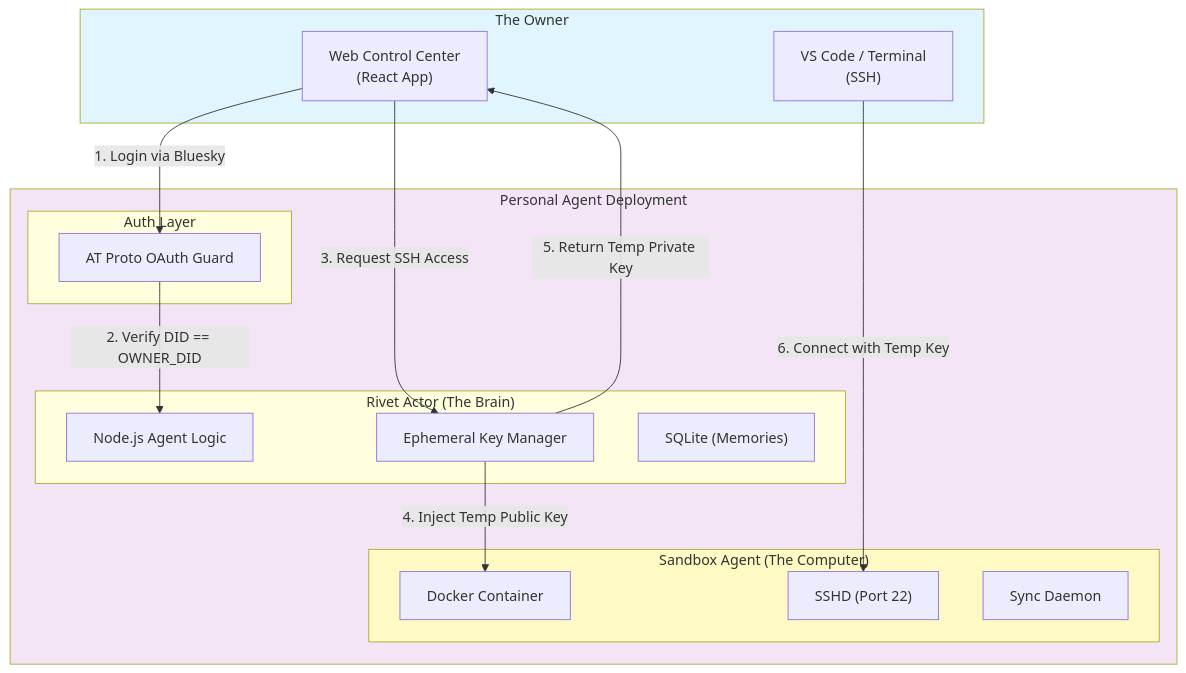
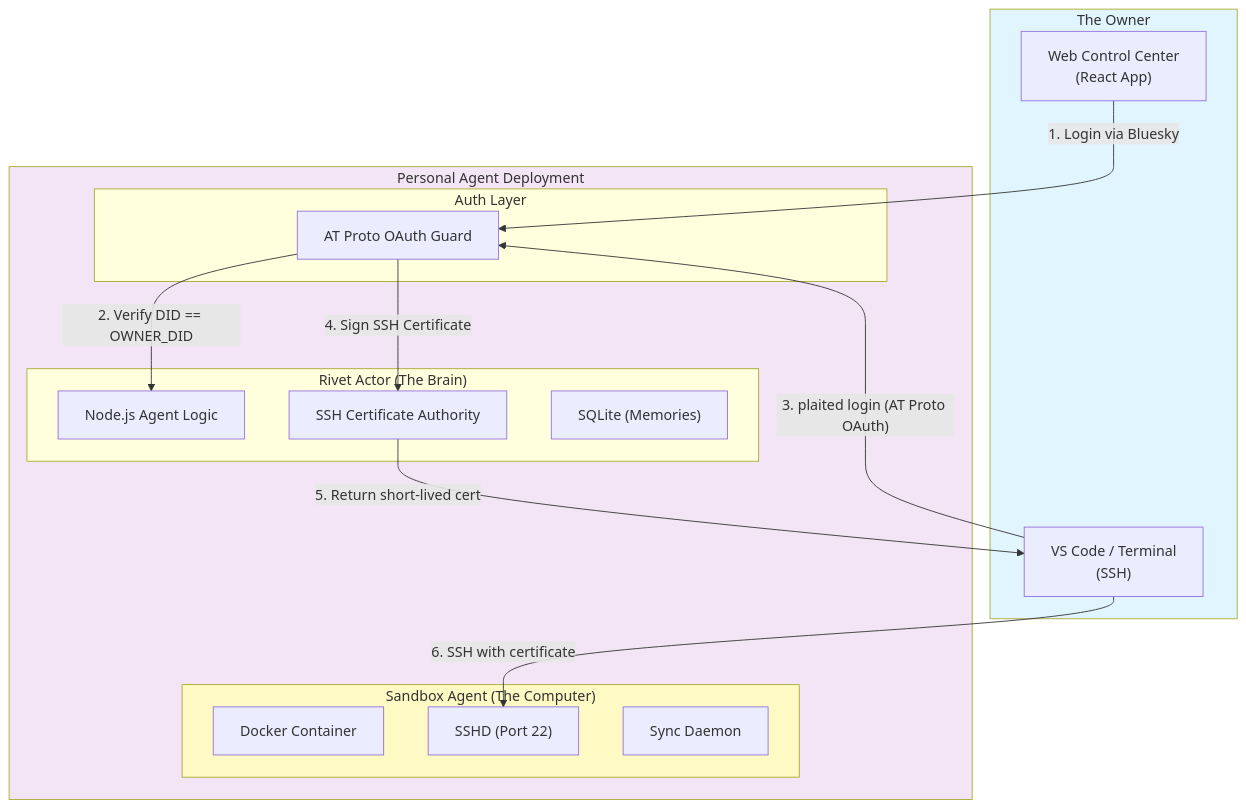
Before and after one commit to plaited/plaited: the diagram in BACKGROUND-AGENT-SYSTEM-DESIGN.md, drawn with Mermaid. The commit also changed other lines of this file, not shown here.

First line of the commit message:
docs(agent): replace ephemeral handshake with SSH CA + CLI login flow

````diff
--- a/BACKGROUND-AGENT-SYSTEM-DESIGN.md
+++ b/BACKGROUND-AGENT-SYSTEM-DESIGN.md
@@ -33,42 +33,42 @@
 ```mermaid
 graph TB
     subgraph OWNER["The Owner"]
         Browser["Web Control Center<br/>(React App)"]
         IDE["VS Code / Terminal<br/>(SSH)"]
     end
 
     subgraph PERSONAL_CLOUD["Personal Agent Deployment"]
 
         subgraph AUTH_LAYER["Auth Layer"]
             OAuth_Guard["AT Proto OAuth Guard"]
         end
 
         subgraph BRAIN["Rivet Actor (The Brain)"]
             Agent_Logic["Node.js Agent Logic"]
-            Key_Mgr["Ephemeral Key Manager"]
+            SSH_CA["SSH Certificate Authority"]
             State_DB["SQLite (Memories)"]
         end
 
         subgraph MUSCLE["Sandbox Agent (The Computer)"]
             Runtime["Docker Container"]
             SSHD["SSHD (Port 22)"]
             Sync["Sync Daemon"]
         end
     end
 
     %% Auth Flow
     Browser -->|"1. Login via Bluesky"| OAuth_Guard
     OAuth_Guard --"2. Verify DID == OWNER_DID"--> Agent_Logic
 
-    %% SSH Handshake
-    Browser -->|"3. Request SSH Access"| Key_Mgr
-    Key_Mgr --"4. Inject Temp Public Key"--> Runtime
-    Key_Mgr --"5. Return Temp Private Key"--> Browser
+    %% CLI Login + SSH CA Flow
+    IDE -->|"3. plaited login (AT Proto OAuth)"| OAuth_Guard
+    OAuth_Guard --"4. Sign SSH Certificate"--> SSH_CA
+    SSH_CA --"5. Return short-lived cert"--> IDE
 
-    %% SSH Flow
-    IDE -->|"6. Connect with Temp Key"| SSHD
+    %% SSH Flow (cert-based, no authorized_keys)
+    IDE -->|"6. SSH with certificate"| SSHD
 
     style OWNER fill:#e1f5ff
     style PERSONAL_CLOUD fill:#f3e5f5
     style MUSCLE fill:#fff9c4
 ```
````
